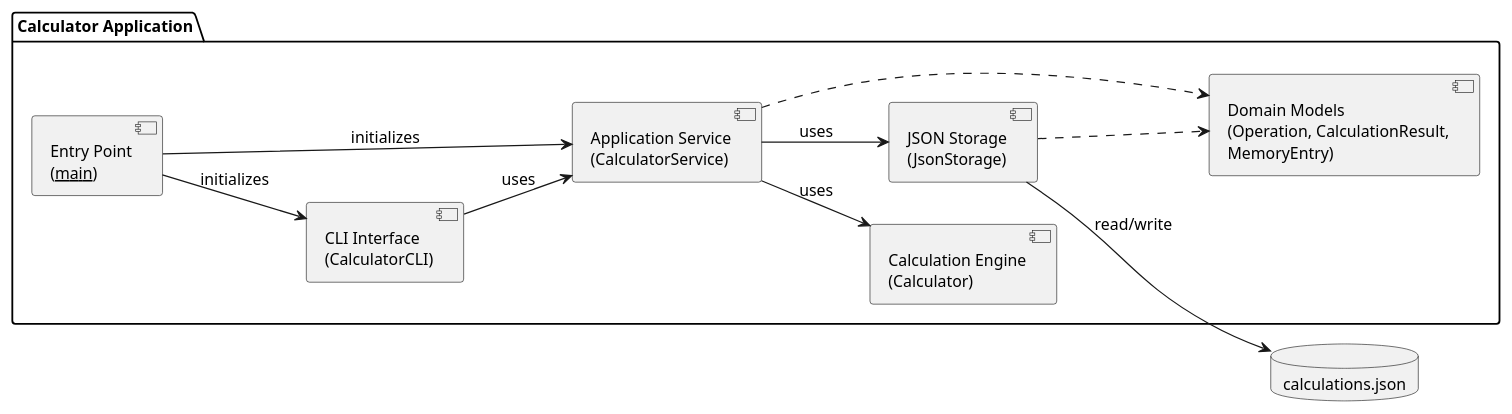
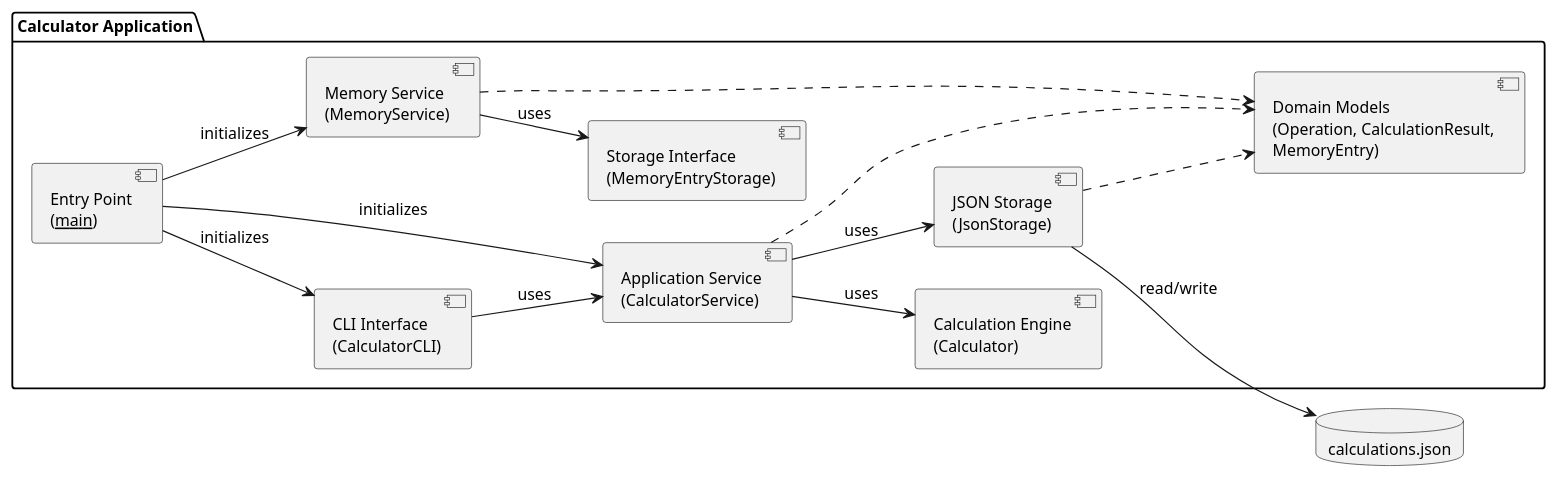
One commit to DanielRiha8906/Software_autoevolution_using_agents changed the diagram in experiments/pipeline/user_stories/calculator/artifacts/component_diagram.puml. Above: the diagram before and after it, drawn with PlantUML. The commit also changed 7 other files, not shown here.

```diff
--- a/experiments/pipeline/user_stories/calculator/artifacts/component_diagram.puml
+++ b/experiments/pipeline/user_stories/calculator/artifacts/component_diagram.puml
@@ -1,31 +1,36 @@
 @startuml component_diagram
 
 skinparam componentStyle uml2
 skinparam defaultFontSize 13
 left to right direction
 
 package "Calculator Application" {
 
     component "Entry Point\n(__main__)" as Main
     component "CLI Interface\n(CalculatorCLI)" as CLI
     component "Application Service\n(CalculatorService)" as Service
+    component "Memory Service\n(MemoryService)" as Memory
     component "Calculation Engine\n(Calculator)" as Calc
     component "JSON Storage\n(JsonStorage)" as Store
+    component "Storage Interface\n(MemoryEntryStorage)" as StorageInterface
     component "Domain Models\n(Operation, CalculationResult,\nMemoryEntry)" as Models
 
     Main --> CLI : initializes
     Main --> Service : initializes
+    Main --> Memory : initializes
 
     CLI --> Service : uses
     Service --> Calc : uses
     Service --> Store : uses
+    Memory --> StorageInterface : uses
 
     Service ..> Models
+    Memory ..> Models
     Store ..> Models
 }
 
 database "calculations.json" as DB
 
 Store --> DB : read/write
 
 @enduml
```
